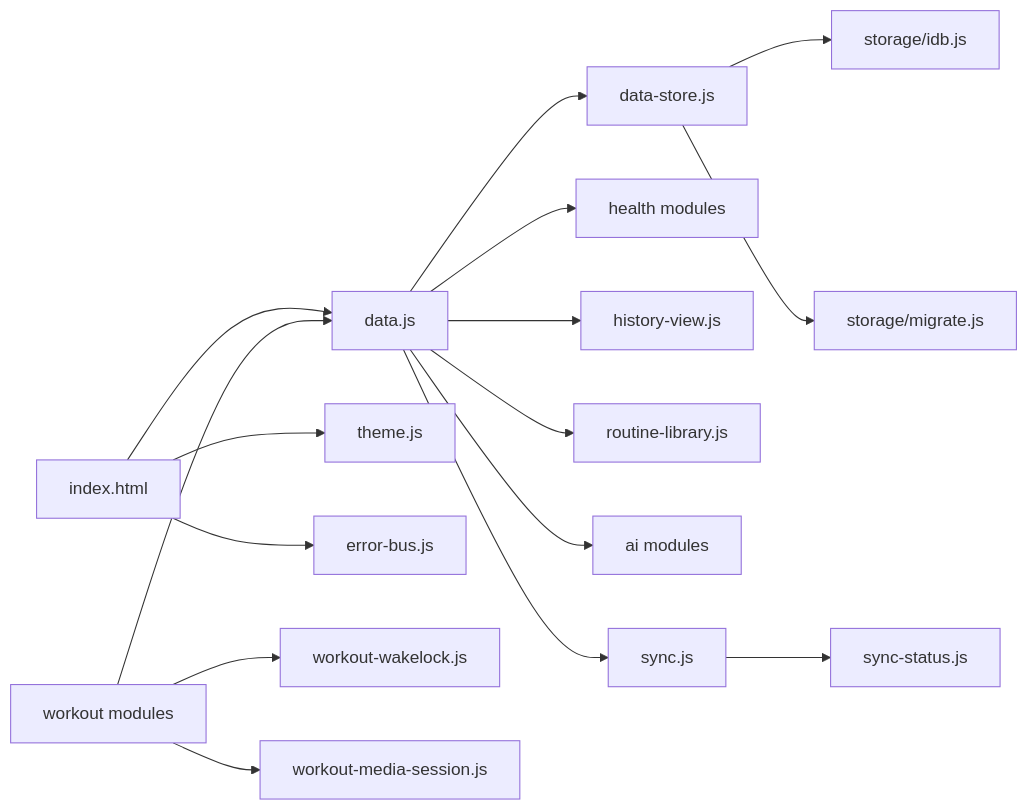
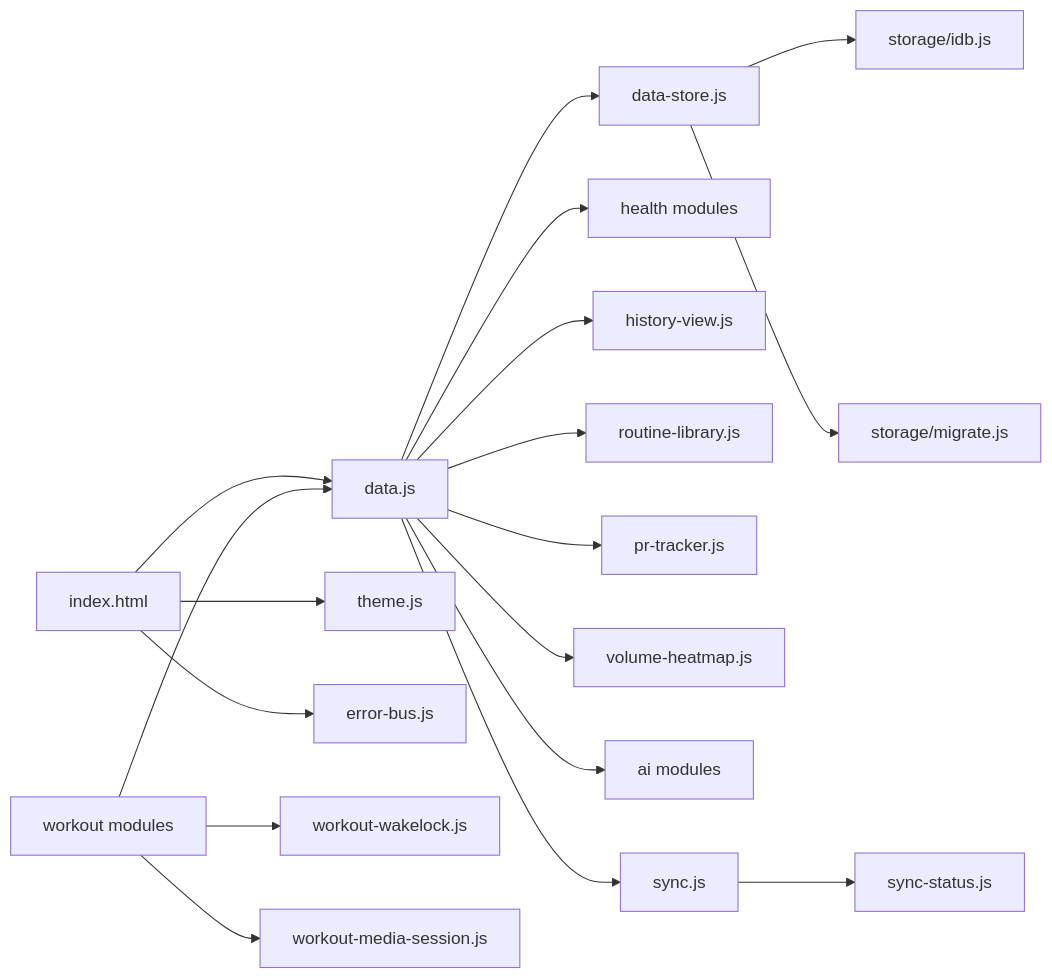
One commit to onestao/rehab changed the second of 3 diagrams in ARCHITECTURE.md. Above: the diagram before and after it, drawn with Mermaid. The commit also changed other lines of this file and 43 other files, not shown here.

Commit message:
feat: harden sync, backup, and AI flows

````diff
--- a/ARCHITECTURE.md
+++ b/ARCHITECTURE.md
@@ -50,18 +52,20 @@
 ```mermaid
 graph LR
     UI[index.html] --> DATA[data.js]
     UI --> THEME[theme.js]
     UI --> ERR[error-bus.js]
     DATA --> STORE[data-store.js]
     STORE --> IDB[storage/idb.js]
     STORE --> MIG[storage/migrate.js]
     DATA --> HEALTH[health modules]
     DATA --> HISTORY[history-view.js]
     DATA --> ROUTINES[routine-library.js]
+    DATA --> PR[pr-tracker.js]
+    DATA --> HEATMAP[volume-heatmap.js]
     DATA --> AI[ai modules]
     DATA --> SYNC[sync.js]
     WORKOUT[workout modules] --> DATA
     WORKOUT --> WL[workout-wakelock.js]
     WORKOUT --> MS[workout-media-session.js]
     SYNC --> STATUS[sync-status.js]
 ```
````
